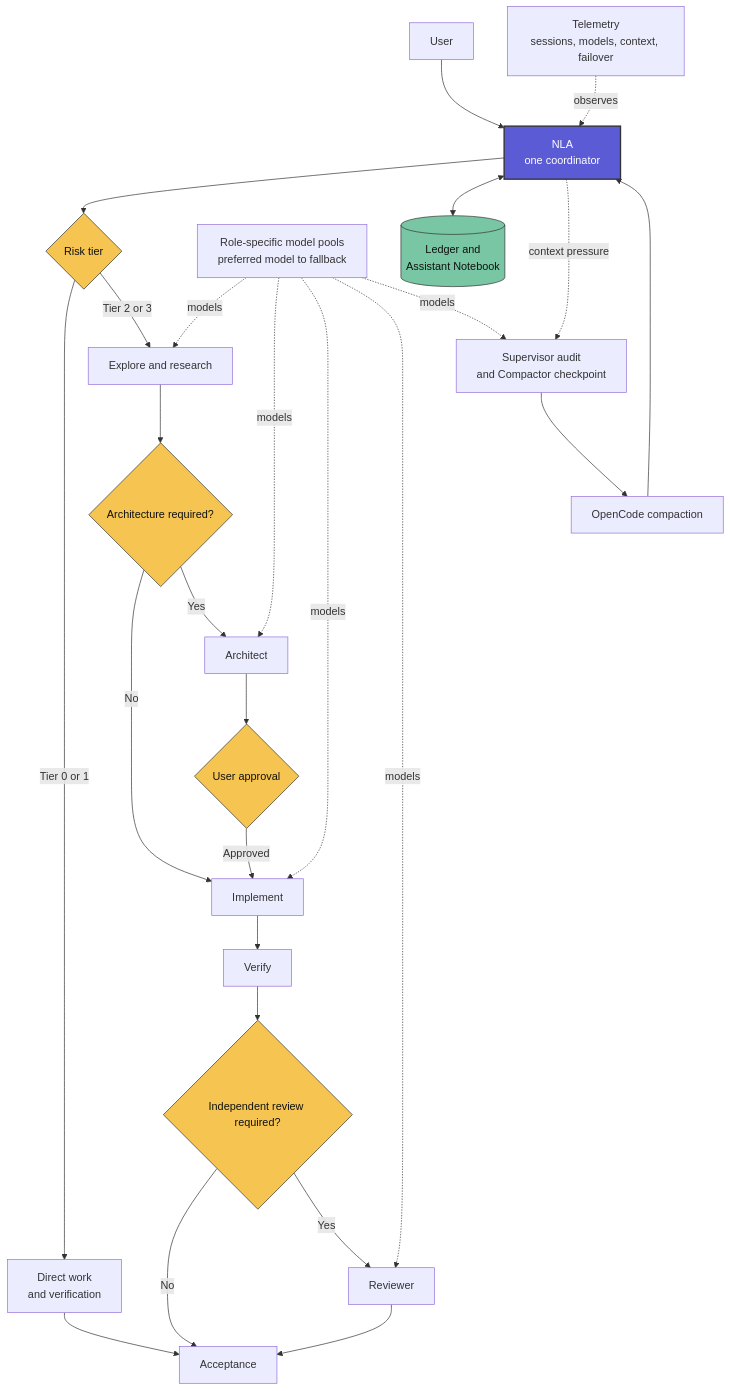
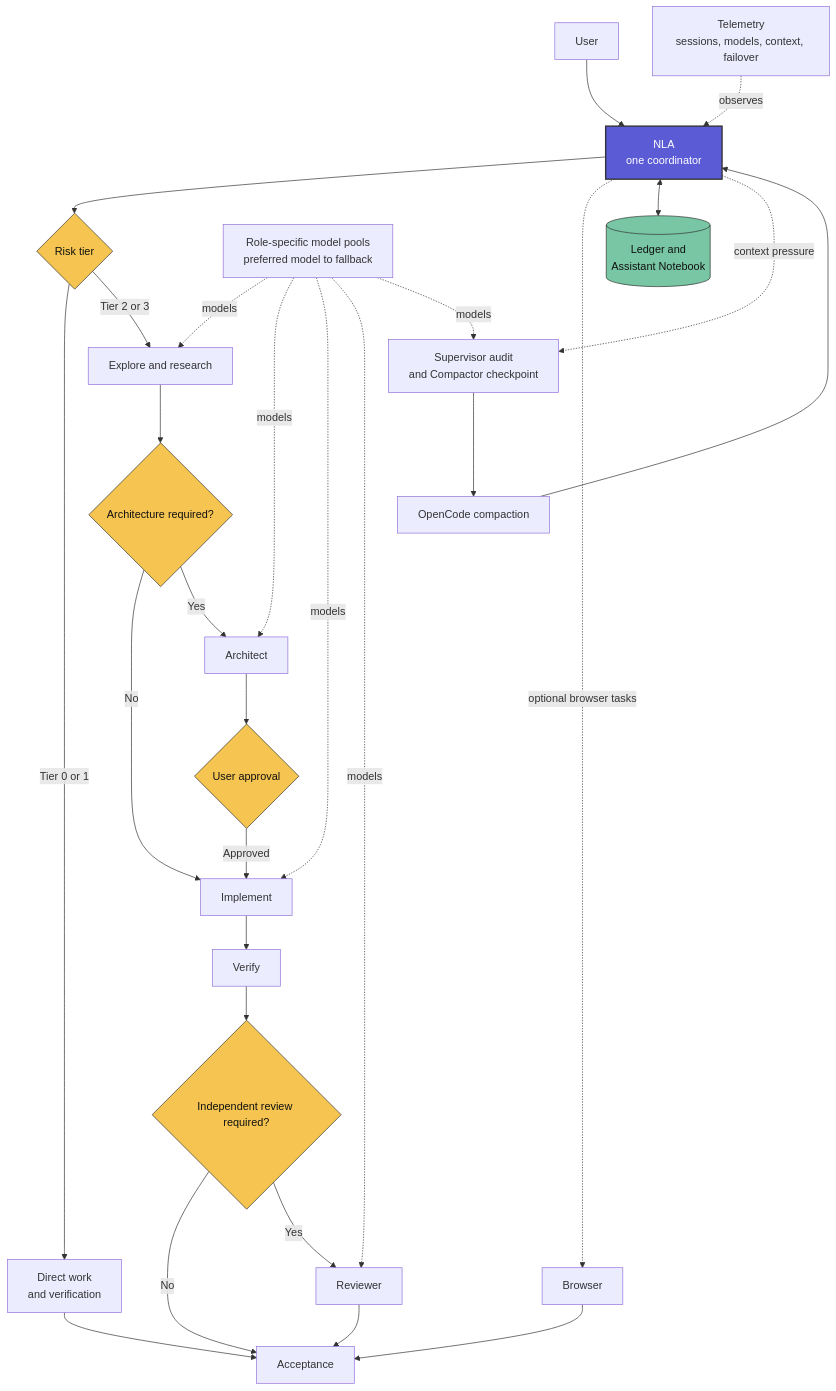
The diagram in README.md (pickleshell/next-level-agent), drawn with Mermaid before and after one commit. The commit also changed other lines of this file and 16 other files, not shown here.

````diff
--- a/README.md
+++ b/README.md
@@ -36,39 +36,41 @@
 ```mermaid
 flowchart TB
     U[User] --> N[NLA<br/>one coordinator]
     N --> T{Risk tier}
 
     T -->|Tier 0 or 1| D[Direct work<br/>and verification]
     T -->|Tier 2 or 3| E[Explore and research]
     E --> AG{Architecture required?}
     AG -->|No| I[Implement]
     AG -->|Yes| A[Architect]
     A --> G{User approval}
     G -->|Approved| I
     I --> V[Verify]
     V --> RG{Independent review required?}
     RG -->|No| X
     RG -->|Yes| R[Reviewer]
+    N -. optional browser tasks .-> B[Browser]
     D --> X[Acceptance]
     R --> X
+    B --> X
 
     P[Role-specific model pools<br/>preferred model to fallback] -. models .-> E
     P -. models .-> A
     P -. models .-> I
     P -. models .-> R
     P -. models .-> C
 
     N <--> M[(Ledger and<br/>Assistant Notebook)]
     N -. context pressure .-> C[Supervisor audit<br/>and Compactor checkpoint]
     C --> O[OpenCode compaction]
     O --> N
 
     L[Telemetry<br/>sessions, models, context, failover] -. observes .-> N
 
     classDef primary fill:#5b5bd6,color:#fff,stroke:#333,stroke-width:2px;
     classDef gate fill:#f5c451,color:#111,stroke:#333;
     classDef memory fill:#78c6a3,color:#111,stroke:#333;
     class N primary;
     class T,AG,G,RG gate;
     class M memory;
 ```
````
